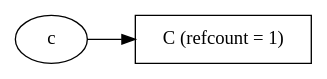
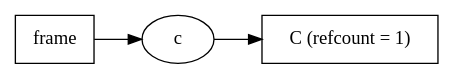
Before and after one commit to ajdavis/what-to-expect-when-youre-expiring: the diagram in dot/example_0_0_0.dot, drawn with Graphviz. The commit also changed 21 other files, not shown here.

```diff
--- a/dot/example_0_0_0.dot
+++ b/dot/example_0_0_0.dot
@@ -1,6 +1,8 @@
 digraph refcount {
     rankdir = LR
 	"C (refcount = 1)" [shape = rect]
+	frame [shape = rect]
 	c [shape = oval]
+	frame -> c
     c -> "C (refcount = 1)"
 }
```
